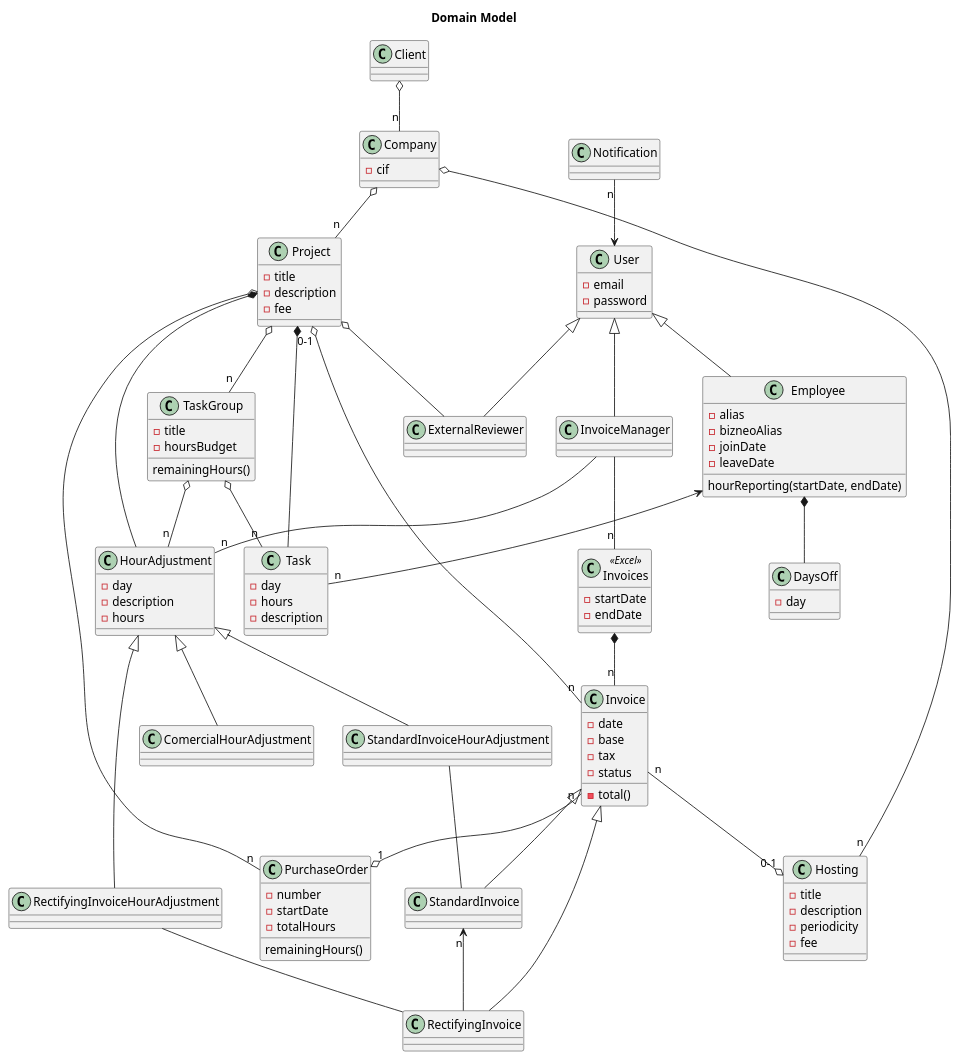
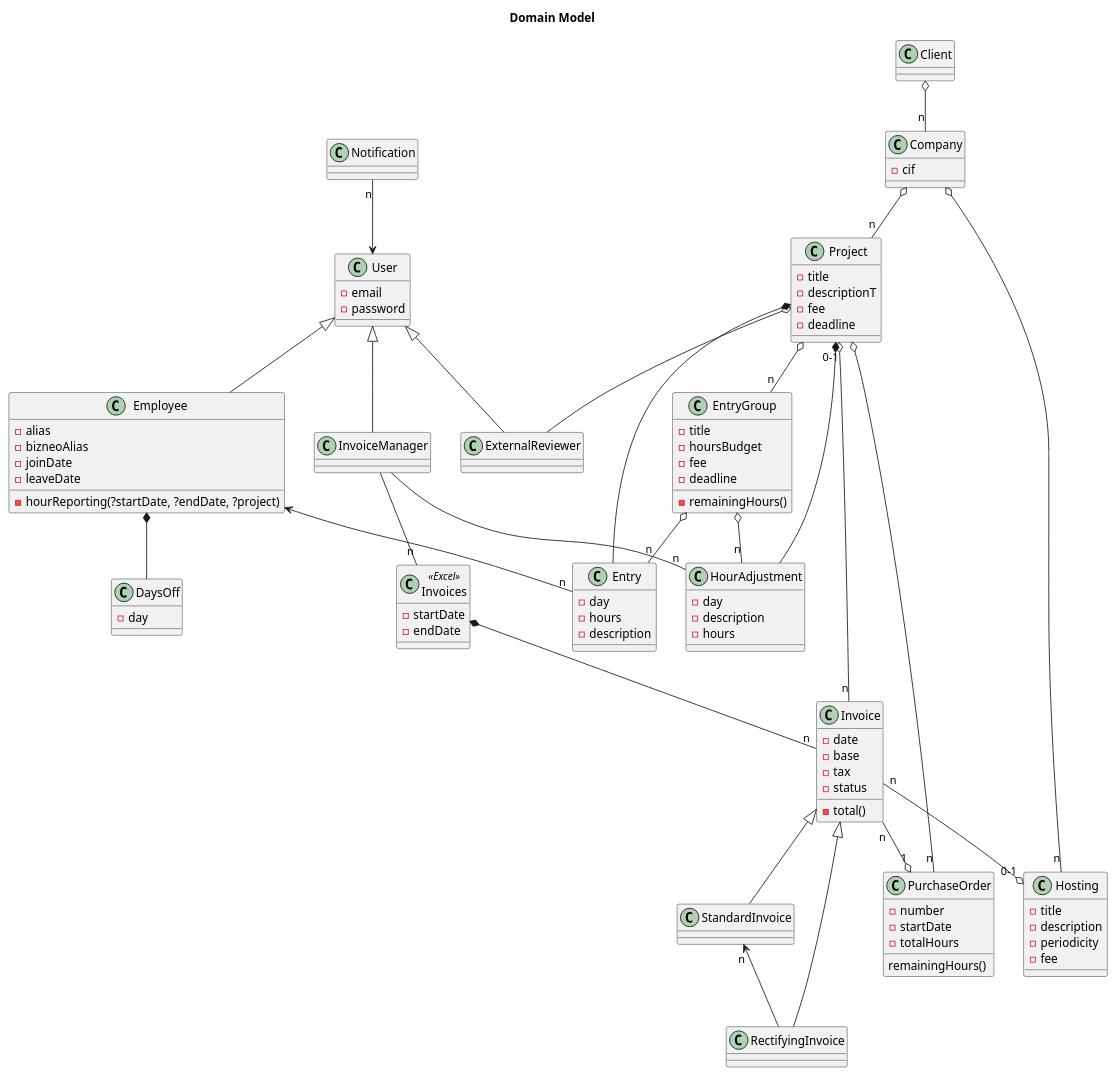
Before and after one commit to omatech/group-1-team-manager: the diagram in docs/requirements.wsd, drawn with PlantUML. The commit also changed 1 other file, not shown here.

Commit message:
Update diagrama requirements, add use cases

```diff
--- a/docs/requirements.wsd
+++ b/docs/requirements.wsd
@@ -1,98 +1,96 @@
 @startuml
 title Domain Model
 class HourAdjustment
 class Invoice
 class RectifyingInvoice
 class InvoiceManager
 class Notification
 class Employee{
 - alias
 - bizneoAlias
 - joinDate
 - leaveDate
-hourReporting(startDate, endDate)
+- hourReporting(?startDate, ?endDate, ?project)
 }
 class Hosting{
 - title
 - description
 - periodicity
 - fee
 }
 class Project{
 - title
-- description
+- descriptionT
 - fee
+- deadline
 }
 class PurchaseOrder{
 - number
 - startDate
 - totalHours
 remainingHours()
 }
-class Task{
+class Entry{
 - day
 - hours
 - description
 }
 class HourAdjustment{
 - day
 - description
 - hours
 }
-class TaskGroup{
+class EntryGroup{
 - title
 - hoursBudget
-remainingHours()
+- fee
+- deadline
+- remainingHours()
 }
 class Invoice {
 - date
 - base
 - tax
 - status
 - total()
 }
 class Company{
 - cif
 }
 class DaysOff{
 - day
 }
 class Invoices <<Excel>> {
 - startDate
 - endDate
 }
 class User {
 - email
 - password
 }
 User <|-- Employee
 User <|-- ExternalReviewer
 User <|-- InvoiceManager
 User <-up- “n” Notification
 Client o-- “n” Company
 Project o-- ExternalReviewer
-Project o-- “n” TaskGroup
+Project o-- “n” EntryGroup
 Project o-- “n” PurchaseOrder
-TaskGroup o-- “n” Task
-TaskGroup o-- “n” HourAdjustment
+EntryGroup o-- “n” Entry
+EntryGroup o-- “n” HourAdjustment
 Invoices  *-- “n” Invoice
 InvoiceManager -- “n” Invoices
 InvoiceManager -- “n” HourAdjustment
 Company o-- “n” Project
 Company o-- “n” Hosting
-Project *-- Task
+Project *-- Entry
 Project *-- HourAdjustment
 Project “0-1" o-- “n” Invoice
-Employee <-- “n” Task
+Employee <-- “n” Entry
 Invoice <|-- RectifyingInvoice
 Invoice <|-- StandardInvoice
 StandardInvoice "n"<-- RectifyingInvoice
 Invoice “n” --o “1" PurchaseOrder
 Invoice “n” --o “0-1" Hosting
-HourAdjustment <|-- StandardInvoiceHourAdjustment
-HourAdjustment <|-- ComercialHourAdjustment
-HourAdjustment <|-- RectifyingInvoiceHourAdjustment
-RectifyingInvoiceHourAdjustment -- RectifyingInvoice
-StandardInvoiceHourAdjustment -- StandardInvoice
 Employee *-- DaysOff
 @enduml
```
